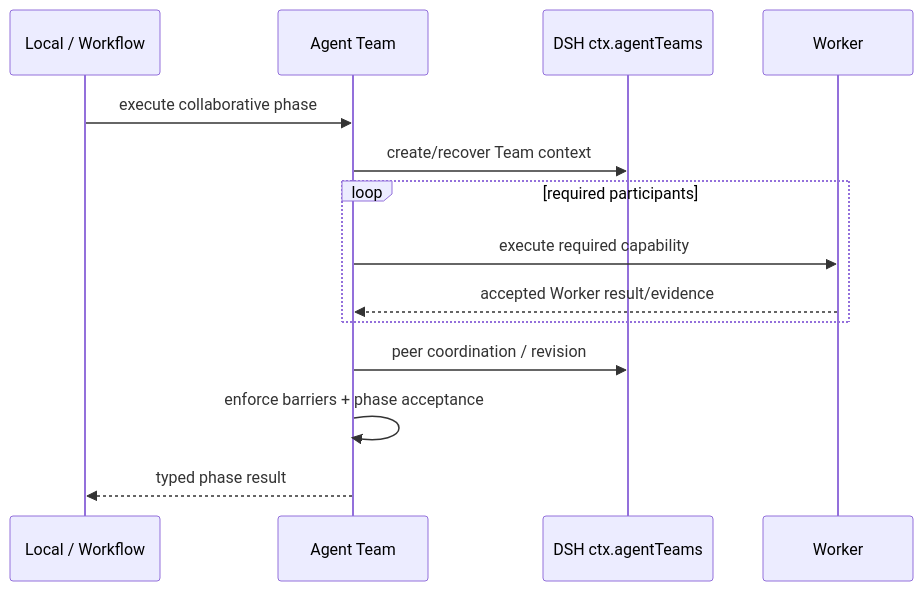
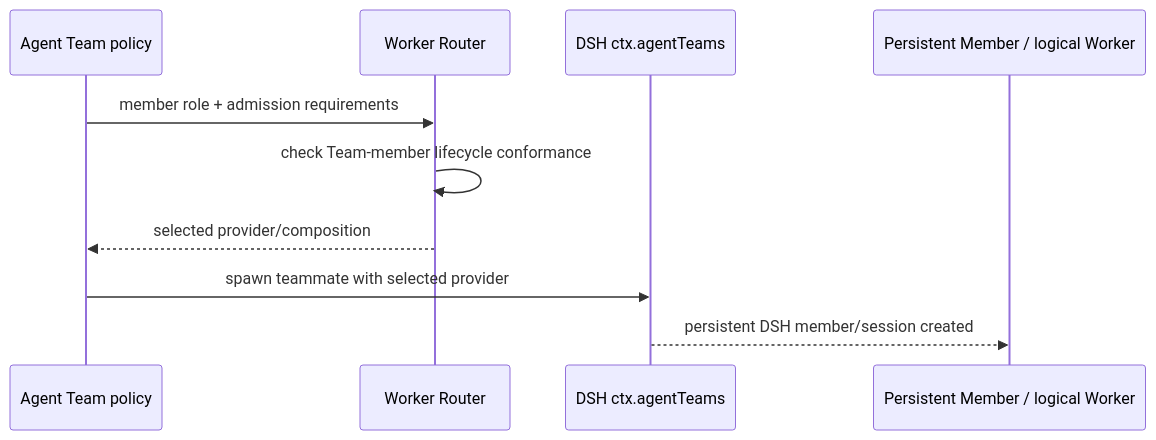
One commit to tsuuanmi/AgentOS changed the third of 6 diagrams in docs/architecture/interaction-model.md. Above: the diagram before and after it, drawn with Mermaid. The commit also changed other lines of this file and 41 other files, not shown here.

First line of the commit message:
docs: consolidate Worker-first MVP architecture

```diff
--- a/docs/architecture/interaction-model.md
+++ b/docs/architecture/interaction-model.md
@@ -25,19 +48,13 @@
 ~~~mermaid
 sequenceDiagram
-    participant L as Local / Workflow
-    participant T as Agent Team
+    participant T as Agent Team policy
+    participant R as Worker Router
     participant D as DSH ctx.agentTeams
-    participant W as Worker
+    participant M as Persistent Member / logical Worker
 
-    L->>T: execute collaborative phase
-    T->>D: create/recover Team context
-
-    loop required participants
-        T->>W: execute required capability
-        W-->>T: accepted Worker result/evidence
-    end
-
-    T->>D: peer coordination / revision
-    T->>T: enforce barriers + phase acceptance
-    T-->>L: typed phase result
+    T->>R: member role + admission requirements
+    R->>R: check Team-member lifecycle conformance
+    R-->>T: selected provider/composition
+    T->>D: spawn teammate with selected provider
+    D-->>M: persistent DSH member/session created
 ~~~
```
